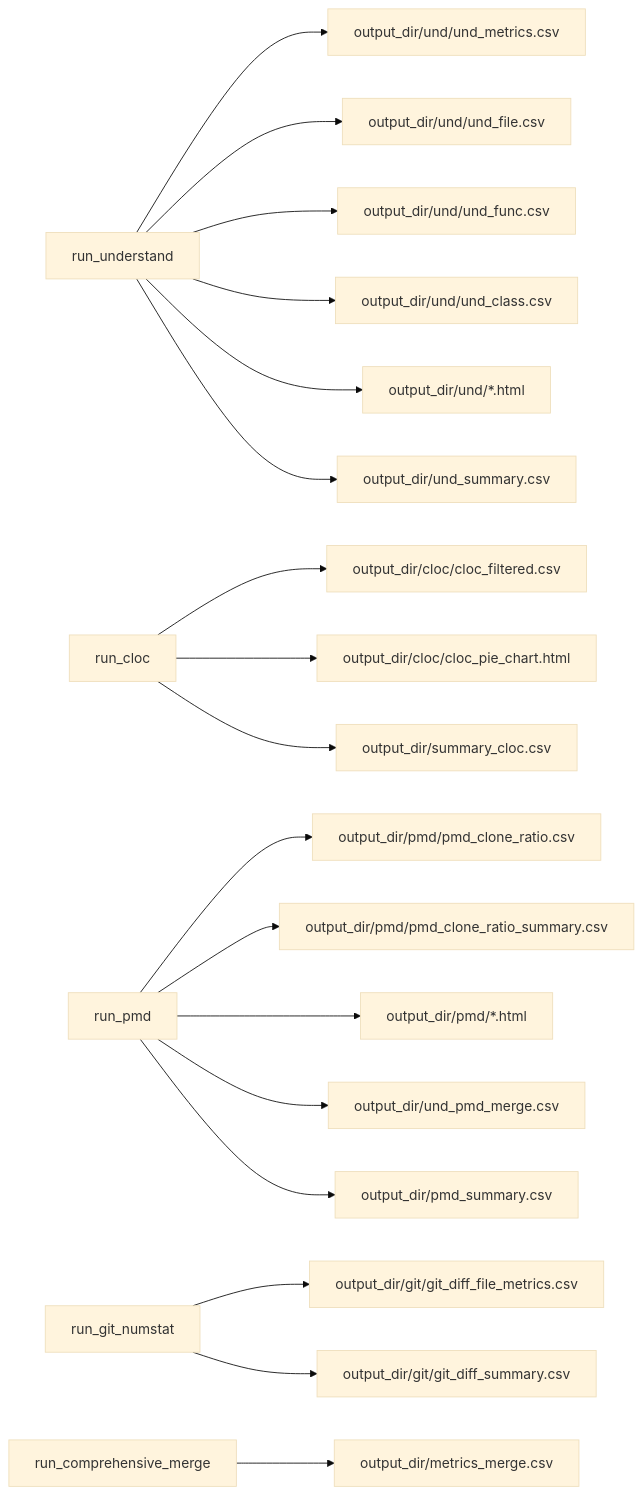
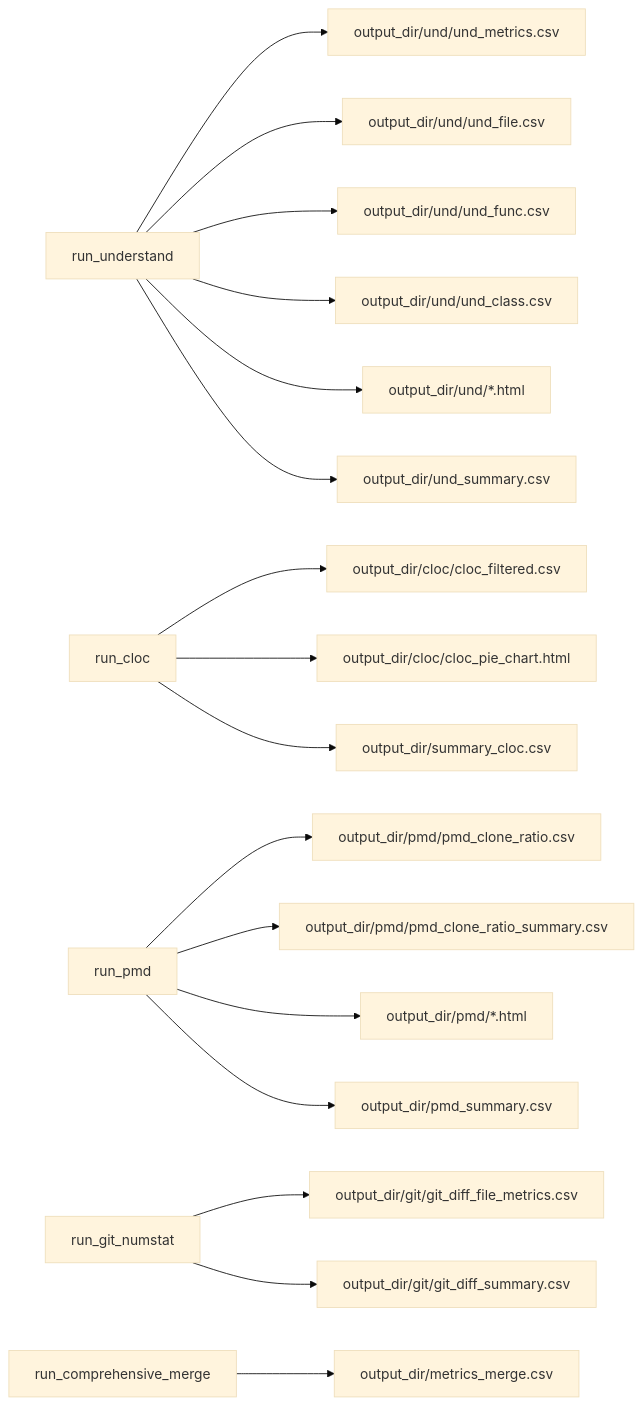
Before and after one commit to yskforest/report_analysis: the fifth of 5 diagrams in docs/design.md, drawn with Mermaid (base theme). The commit also changed other lines of this file and 7 other files, not shown here.

````diff
--- a/docs/design.md
+++ b/docs/design.md
@@ -321,24 +320,23 @@
 ```mermaid
 flowchart LR
     U[run_understand] --> U1[output_dir/und/und_metrics.csv]
     U --> U2[output_dir/und/und_file.csv]
     U --> U3[output_dir/und/und_func.csv]
     U --> U4[output_dir/und/und_class.csv]
     U --> U5[output_dir/und/*.html]
     U --> U6[output_dir/und_summary.csv]
 
     C[run_cloc] --> C1[output_dir/cloc/cloc_filtered.csv]
     C --> C2[output_dir/cloc/cloc_pie_chart.html]
     C --> C3[output_dir/summary_cloc.csv]
 
     P[run_pmd] --> P1[output_dir/pmd/pmd_clone_ratio.csv]
     P --> P2[output_dir/pmd/pmd_clone_ratio_summary.csv]
     P --> P3[output_dir/pmd/*.html]
-    P --> P4[output_dir/und_pmd_merge.csv]
     P --> P5[output_dir/pmd_summary.csv]
 
     G[run_git_numstat] --> G1[output_dir/git/git_diff_file_metrics.csv]
     G --> G2[output_dir/git/git_diff_summary.csv]
 
     M[run_comprehensive_merge] --> M1[output_dir/metrics_merge.csv]
 ```
````
